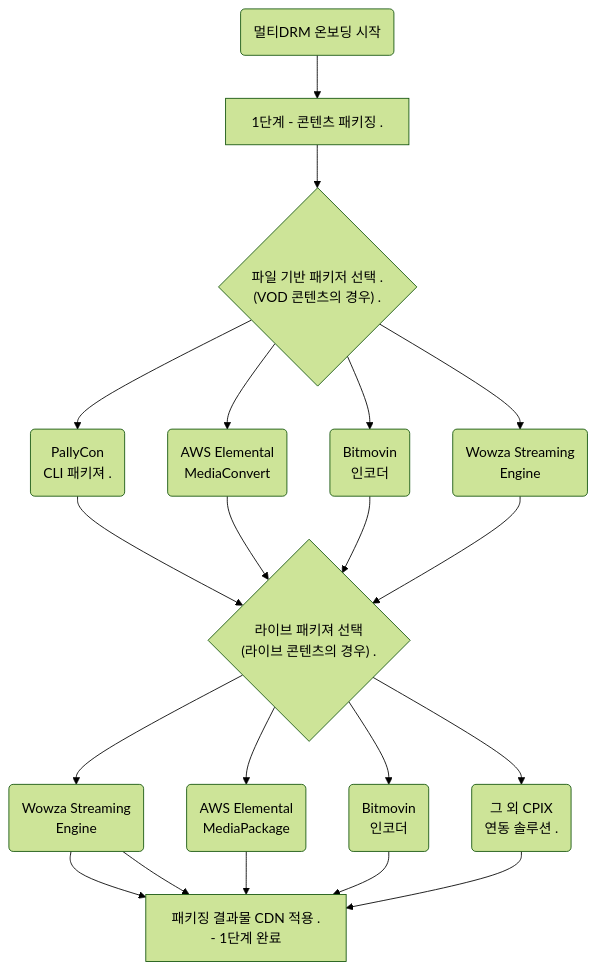
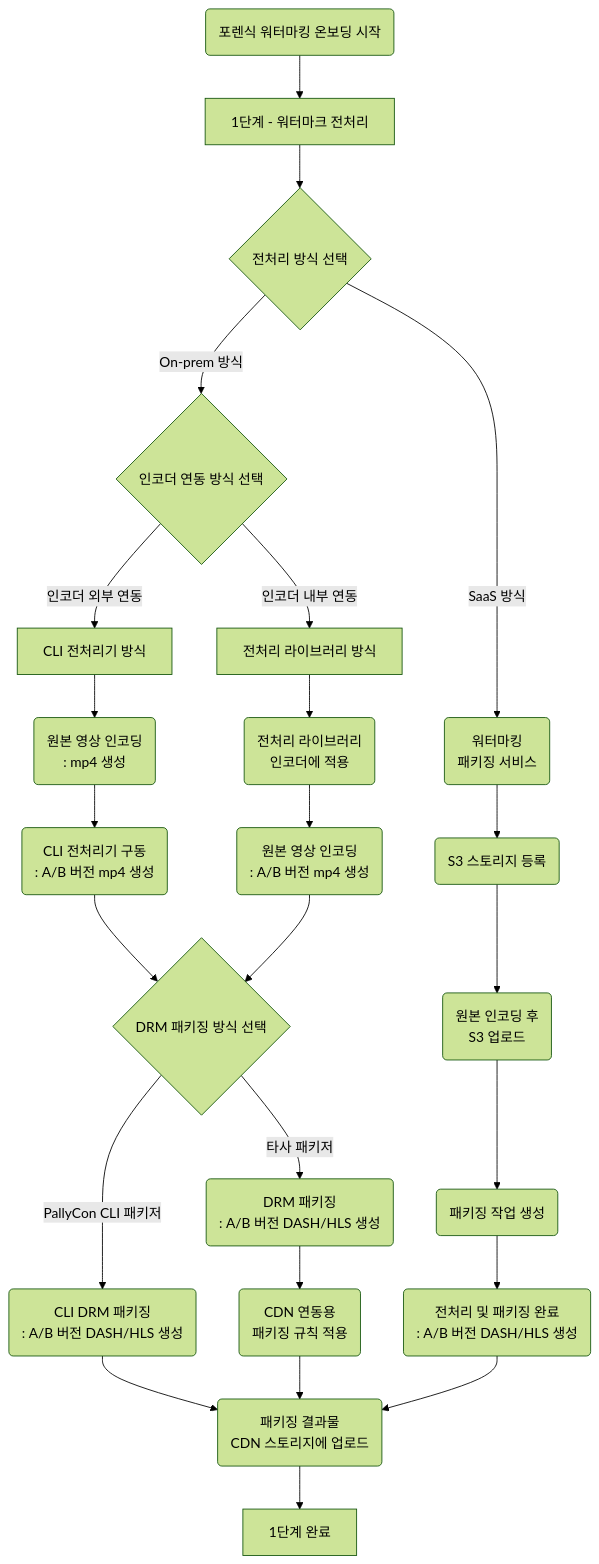
Before and after one commit to daniel-inka/pallycon-docs-v3: the first of 3 diagrams in content/forensic-watermarking/getting-started/fwm-onboarding.ko.md, drawn with Mermaid (forest theme). The commit also changed other lines of this file and 14 other files, not shown here.

Commit message:
added fwm onboarding guide

````diff
--- a/content/forensic-watermarking/getting-started/fwm-onboarding.ko.md
+++ b/content/forensic-watermarking/getting-started/fwm-onboarding.ko.md
@@ -23,35 +23,41 @@
 ```mermaid
 graph TD;
-  start_onboarding(멀티DRM 온보딩 시작) --> content_packaging["1단계 - 콘텐츠 패키징 ."]
+  start_onboarding(포렌식 워터마킹 온보딩 시작) --> preprocessing["1단계 - 워터마크 전처리"]
 
-  content_packaging --> vod_packager{"파일 기반 패키저 선택 .<br>(VOD 콘텐츠의 경우) ."}
-  vod_packager --> cli_packager(PallyCon<br>CLI 패키져 .)
-  vod_packager --> mediaconvert(AWS Elemental<br>MediaConvert)
-  vod_packager --> bitmovin_vod(Bitmovin<br>인코더)
-  vod_packager --> wowza_vod(Wowza Streaming<br>Engine)
+  preprocessing --> preprocessing_type{"전처리 방식 선택"}
+  preprocessing_type -->|SaaS 방식|saas_packaging(워터마킹<br>패키징 서비스)
+  preprocessing_type -->|On-prem 방식|onprem_preprocessing{인코더 연동 방식 선택}
+  onprem_preprocessing -->|인코더 외부 연동|cli_type[CLI 전처리기 방식]
+  onprem_preprocessing -->|인코더 내부 연동|library_type[전처리 라이브러리 방식]
 
-  cli_packager --> live_packager{"라이브 패키져 선택<br>(라이브 콘텐츠의 경우) ."}
-  mediaconvert --> live_packager
-  bitmovin_vod --> live_packager
-  wowza_vod --> live_packager
-  
-  live_packager --> wowza_live(Wowza Streaming<br>Engine)
-  live_packager --> mediapackage(AWS Elemental<br>MediaPackage)
-  live_packager --> bitmovin_live(Bitmovin<br>인코더)
-  live_packager --> cpix(그 외 CPIX<br>연동 솔루션 .)
-  
-  wowza_live --> packaging_done[패키징 결과물 CDN 적용 .<br>- 1단계 완료]
-  mediapackage --> packaging_done
-  wowza_live --> packaging_done
-  bitmovin_live --> packaging_done
-  cpix --> packaging_done
+  cli_type --> source_encoding(원본 영상 인코딩<br>: mp4 생성)
+  source_encoding --> cli_preprocessing(CLI 전처리기 구동<br>: A/B 버전 mp4 생성)
+  cli_preprocessing --> packaging_type{DRM 패키징 방식 선택}
 
-  click cli_packager "../../packaging/cli-packager"
-  click mediaconvert "../../packaging/aws-elemental/#mediaconvert"
-  click mediapackage "../../packaging/aws-elemental/#mediapackage"
-  click wowza_live "../../packaging/wowza-integration"
-  click wowza_vod "../../packaging/wowza-integration"
-  click bitmovin_vod "../../packaging/bitmovin-encoder-guide"
-  click bitmovin_live "../../packaging/bitmovin-encoder-guide"
-  click cpix "../../packaging/cpix-api"
+  library_type --> library_integration(전처리 라이브러리<br>인코더에 적용)
+  library_integration --> ab_encoding(원본 영상 인코딩<br>: A/B 버전 mp4 생성)
+  ab_encoding --> packaging_type
+
+  packaging_type -->|PallyCon CLI 패키저|cli_packaging(CLI DRM 패키징<br>: A/B 버전 DASH/HLS 생성)
+  cli_packaging --> cdn_upload(패키징 결과물<br>CDN 스토리지에 업로드)
+
+  packaging_type -->|타사 패키저|3rdparty_packaging(DRM 패키징<br>: A/B 버전 DASH/HLS 생성)
+  3rdparty_packaging -->packaging_rule(CDN 연동용<br>패키징 규칙 적용)
+  packaging_rule --> cdn_upload
+
+  saas_packaging --> storage_registration(S3 스토리지 등록)
+  storage_registration --> source_upload(원본 인코딩 후<br>S3 업로드)
+  source_upload --> packaging_job(패키징 작업 생성)
+  packaging_job --> packaging_done(전처리 및 패키징 완료<br>: A/B 버전 DASH/HLS 생성)
+  packaging_done --> cdn_upload
+
+  cdn_upload --> preprocessing_done[1단계 완료]
+
+  click preprocessing "../../preprocessing/"
+  click saas_packaging "../../preprocessing/packaging-service"
+  click cli_type "../../preprocessing/cli-preprocessor"
+  click library_type "../../preprocessing/preprocessor-library"
+  click packaging_type "../../../multidrm/packaging"
+  click cli_packaging "../../../multidrm/packaging/cli-packager"
+  click packaging_rule "../fwm-workflow/#option2-c"
 ```
````
